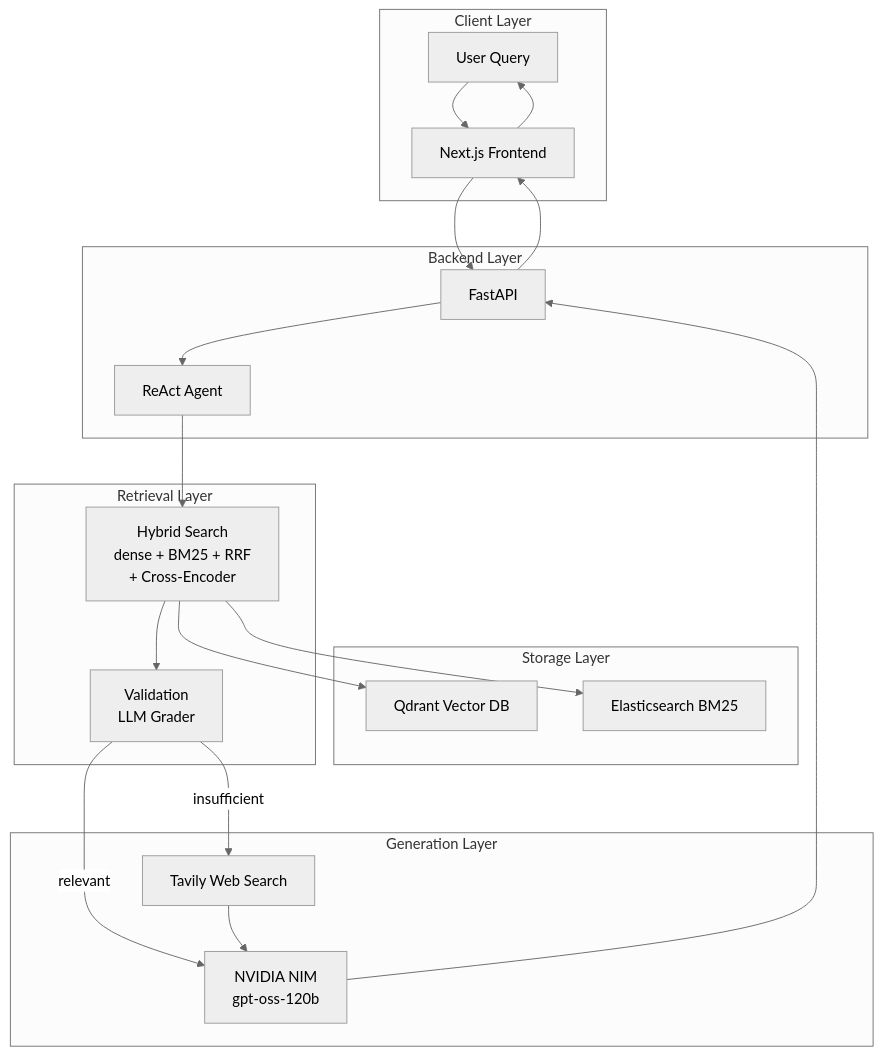
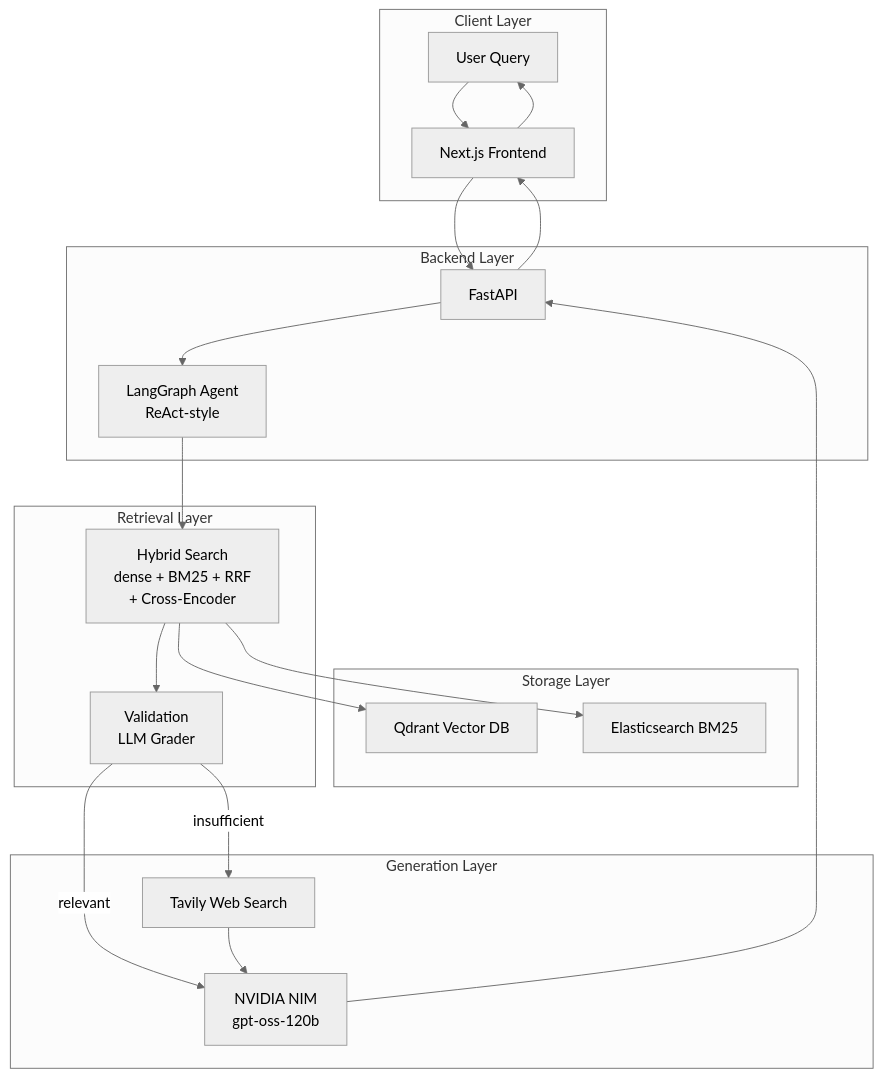
One commit to ashuydv-05/HYBRID-RAG-EVAL changed the first of 2 diagrams in README.md. Above: the diagram before and after it, drawn with Mermaid (neutral theme). The commit also changed other lines of this file, not shown here.

Commit message:
fix(docs): ReAct prompting style, not langgraph built-in function

````diff
--- a/README.md
+++ b/README.md
@@ -17,44 +17,44 @@
 ```mermaid
 flowchart TB
     subgraph Client["Client Layer"]
         User[User Query]
         Frontend[Next.js Frontend]
     end
 
     subgraph Backend["Backend Layer"]
         API[FastAPI]
-        Agent[ReAct Agent]
+        Agent[LangGraph Agent<br/>ReAct-style]
     end
 
     subgraph Storage["Storage Layer"]
         Qdrant[Qdrant Vector DB]
         Elasticsearch[Elasticsearch BM25]
     end
 
     subgraph Retrieval["Retrieval Layer"]
         Hybrid[Hybrid Search<br/>dense + BM25 + RRF<br/>+ Cross-Encoder]
         Validate[Validation<br/>LLM Grader]
     end
 
     subgraph Generation["Generation Layer"]
         NIM[NVIDIA NIM<br/>gpt-oss-120b]
         Tavily[Tavily Web Search]
     end
 
     User --> Frontend
     Frontend --> API
     API --> Agent
 
     Agent --> Hybrid
     Hybrid --> Qdrant
     Hybrid --> Elasticsearch
     Hybrid --> Validate
 
     Validate -->|relevant| NIM
     Validate -->|insufficient| Tavily
     Tavily --> NIM
 
     NIM --> API
     API --> Frontend
     Frontend --> User
 ```
````
